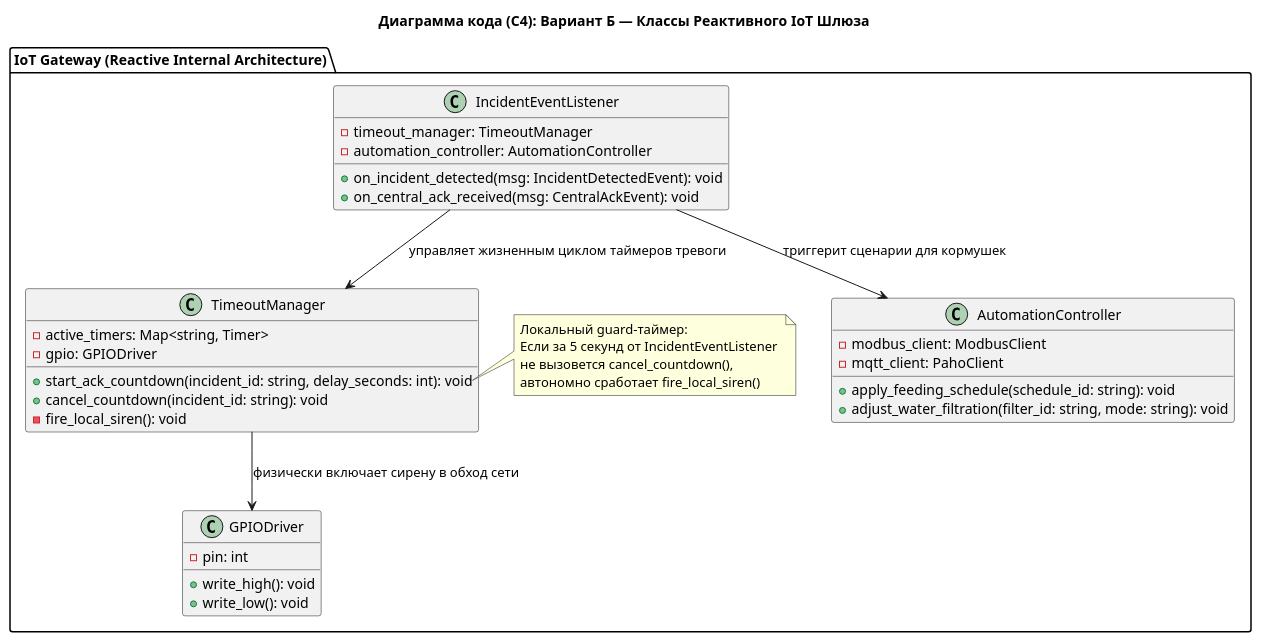
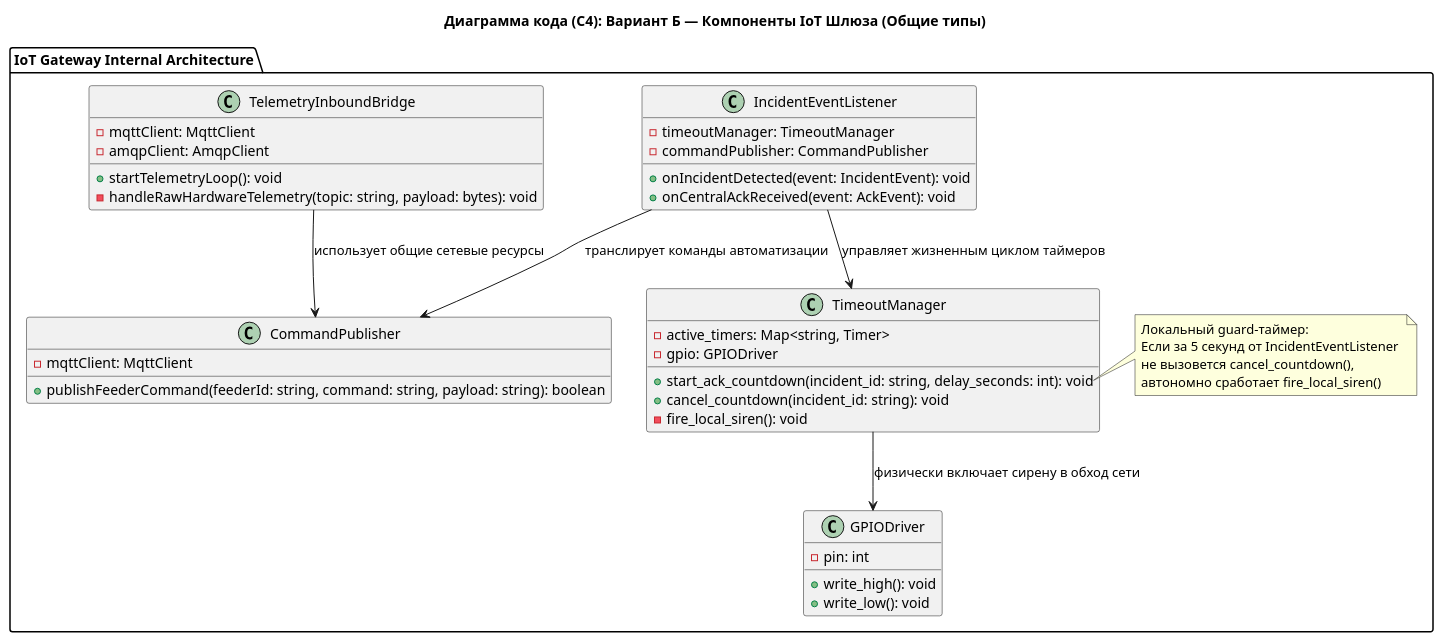
One commit to daelin44/MSA-AgroTech changed the diagram in task3/code_main.puml. Above: the diagram before and after it, drawn with PlantUML. The commit also changed 4 other files, not shown here.

```diff
--- a/task3/code_main.puml
+++ b/task3/code_main.puml
@@ -1,47 +1,53 @@
-@startuml Архитектура_АгроТех_C4_Хореография_Код
+@startuml Архитектура_АгроТех_C4_Хореография_Generic_Код
 
-title Диаграмма кода (C4): Вариант Б — Классы Реактивного IoT Шлюза
+title Диаграмма кода (C4): Вариант Б — Компоненты IoT Шлюза (Общие типы)
 
-package "IoT Gateway (Reactive Internal Architecture)" {
+package "IoT Gateway Internal Architecture" {
 
     class IncidentEventListener {
-        - timeout_manager: TimeoutManager
-        - automation_controller: AutomationController
-        + on_incident_detected(msg: IncidentDetectedEvent): void
-        + on_central_ack_received(msg: CentralAckEvent): void
+        - timeoutManager: TimeoutManager
+        - commandPublisher: CommandPublisher
+        + onIncidentDetected(event: IncidentEvent): void
+        + onCentralAckReceived(event: AckEvent): void
     }
 
     class TimeoutManager {
         - active_timers: Map<string, Timer>
         - gpio: GPIODriver
         + start_ack_countdown(incident_id: string, delay_seconds: int): void
         + cancel_countdown(incident_id: string): void
         - fire_local_siren(): void
     }
 
-    class AutomationController {
-        - modbus_client: ModbusClient
-        - mqtt_client: PahoClient
-        + apply_feeding_schedule(schedule_id: string): void
-        + adjust_water_filtration(filter_id: string, mode: string): void
+    class CommandPublisher {
+        - mqttClient: MqttClient
+        + publishFeederCommand(feederId: string, command: string, payload: string): boolean
+    }
+
+    class TelemetryInboundBridge {
+        - mqttClient: MqttClient
+        - amqpClient: AmqpClient
+        + startTelemetryLoop(): void
+        - handleRawHardwareTelemetry(topic: string, payload: bytes): void
     }
 
     class GPIODriver {
         - pin: int
         + write_high(): void
         + write_low(): void
     }
 
     note right of TimeoutManager::start_ack_countdown
         Локальный guard-таймер:
         Если за 5 секунд от IncidentEventListener 
         не вызовется cancel_countdown(), 
         автономно сработает fire_local_siren()
     end note
 
-    IncidentEventListener --> TimeoutManager : управляет жизненным циклом таймеров тревоги
-    IncidentEventListener --> AutomationController : триггерит сценарии для кормушек
+    IncidentEventListener --> TimeoutManager : управляет жизненным циклом таймеров
+    IncidentEventListener --> CommandPublisher : транслирует команды автоматизации
+    TelemetryInboundBridge --> CommandPublisher : использует общие сетевые ресурсы
     TimeoutManager --> GPIODriver : физически включает сирену в обход сети
 }
 
 @enduml
```
